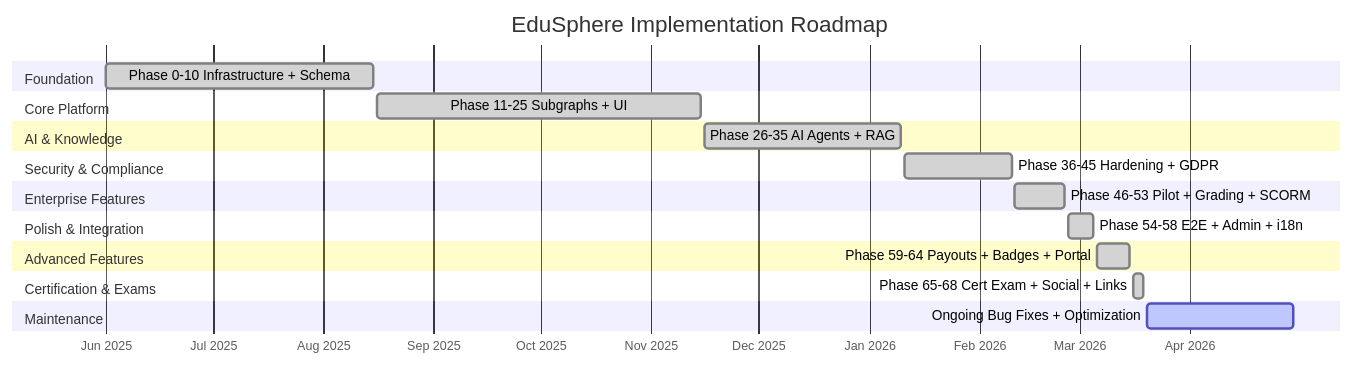
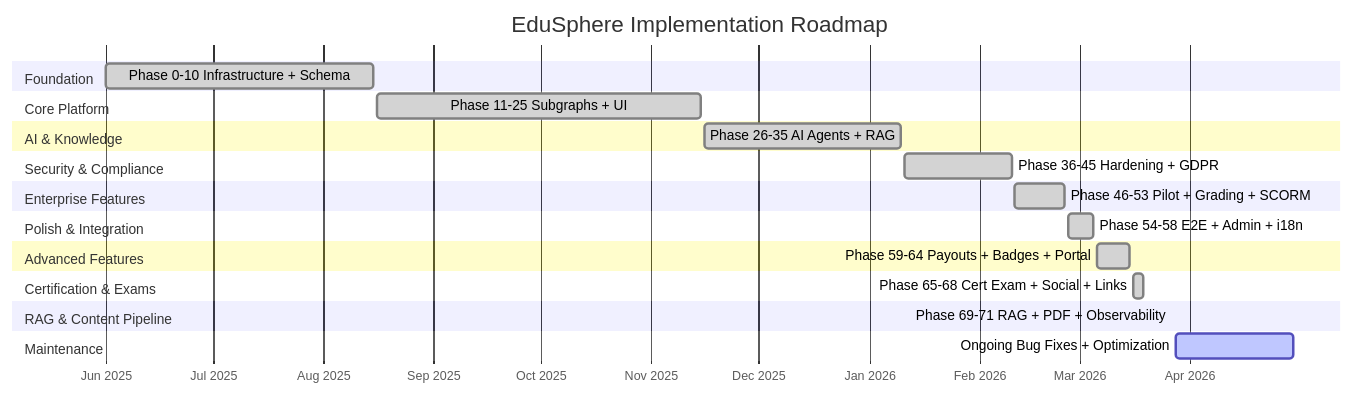
One commit to TalWayn72/EduSphere changed the first of 4 diagrams in IMPLEMENTATION_ROADMAP.md. Above: the diagram before and after it, drawn with Mermaid. The commit also changed other lines of this file and 139 other files, not shown here.

First line of the commit message:
feat(platform): activate RAG pipeline, PDF viewer, embedding observability

````diff
--- a/IMPLEMENTATION_ROADMAP.md
+++ b/IMPLEMENTATION_ROADMAP.md
@@ -22,33 +22,36 @@
 ```mermaid
 gantt
     title EduSphere Implementation Roadmap
     dateFormat YYYY-MM-DD
     axisFormat %b %Y
 
     section Foundation
         Phase 0-10 Infrastructure + Schema: done, p0, 2025-06-01, 2025-08-15
 
     section Core Platform
         Phase 11-25 Subgraphs + UI: done, p1, 2025-08-16, 2025-11-15
 
     section AI & Knowledge
         Phase 26-35 AI Agents + RAG: done, p2, 2025-11-16, 2026-01-10
 
     section Security & Compliance
         Phase 36-45 Hardening + GDPR: done, p3, 2026-01-11, 2026-02-10
 
     section Enterprise Features
         Phase 46-53 Pilot + Grading + SCORM: done, p4, 2026-02-11, 2026-02-25
 
     section Polish & Integration
         Phase 54-58 E2E + Admin + i18n: done, p5, 2026-02-26, 2026-03-05
 
     section Advanced Features
         Phase 59-64 Payouts + Badges + Portal: done, p6, 2026-03-06, 2026-03-15
 
     section Certification & Exams
         Phase 65-68 Cert Exam + Social + Links: done, p7, 2026-03-16, 2026-03-19
 
+    section RAG & Content Pipeline
+        Phase 69-71 RAG + PDF + Observability: done, p8, 2026-03-27, 2026-03-27
+
     section Maintenance
-        Ongoing Bug Fixes + Optimization: active, p8, 2026-03-20, 2026-04-30
+        Ongoing Bug Fixes + Optimization: active, p9, 2026-03-28, 2026-04-30
 ```
````
